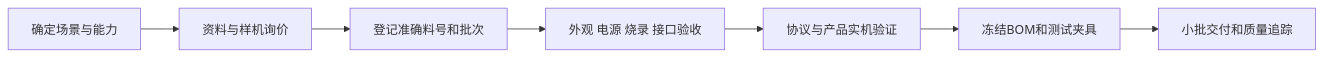
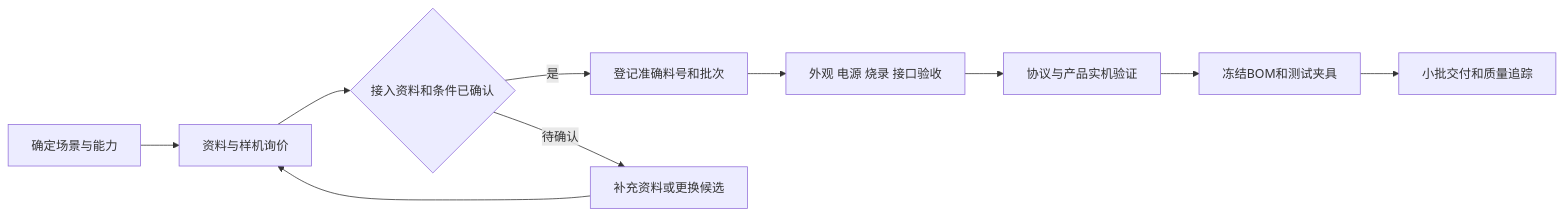
Before and after one commit to limecloud/iot: the diagram in docs/19-硬件选型采购与BOM.md, drawn with Mermaid. The commit also changed other lines of this file and 331 other files, not shown here.

````diff
--- a/docs/19-硬件选型采购与BOM.md
+++ b/docs/19-硬件选型采购与BOM.md
@@ -52,9 +114,11 @@
 ```mermaid
 flowchart LR
   A[确定场景与能力] --> B[资料与样机询价]
-  B --> C[登记准确料号和批次]
+  B --> P{接入资料和条件已确认}
+  P -->|是| C[登记准确料号和批次]
+  P -->|待确认| R[补充资料或更换候选] --> B
   C --> D[外观 电源 烧录 接口验收]
   D --> E[协议与产品实机验证]
   E --> F[冻结BOM和测试夹具]
   F --> G[小批交付和质量追踪]
 ```
````
